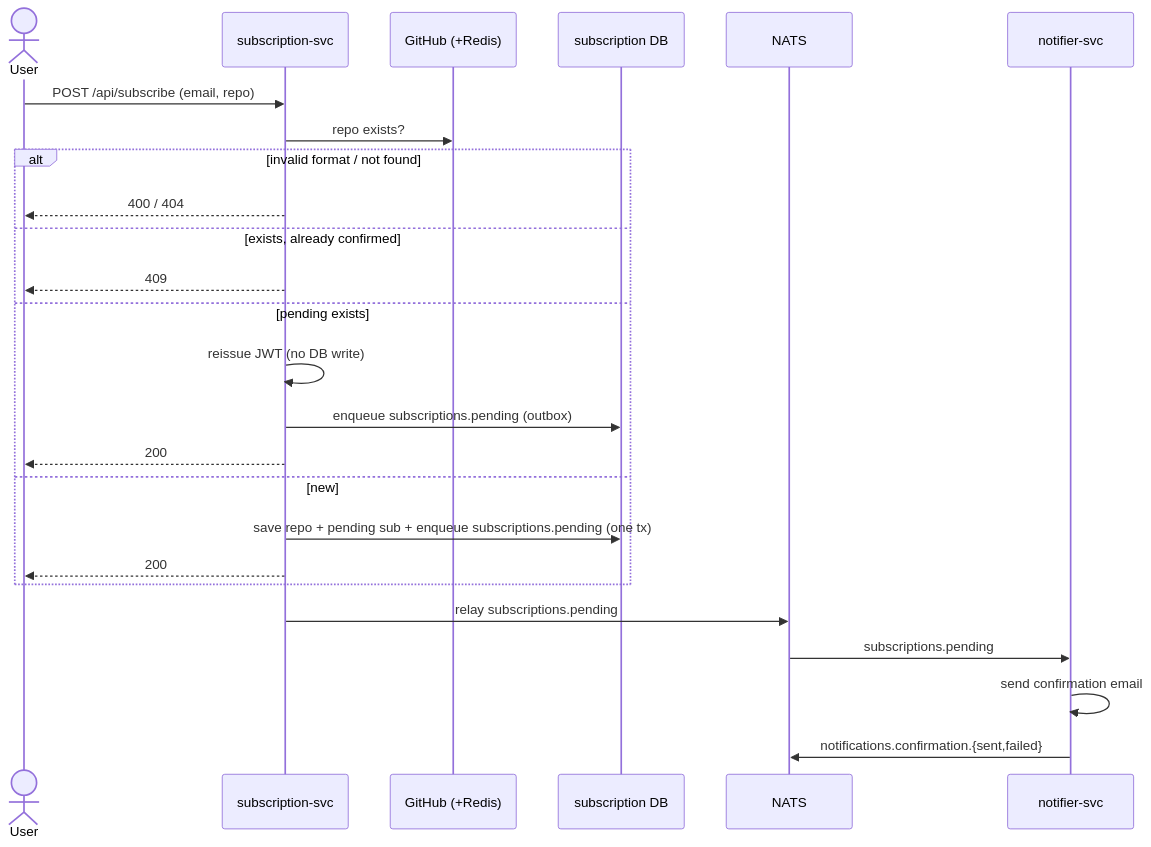
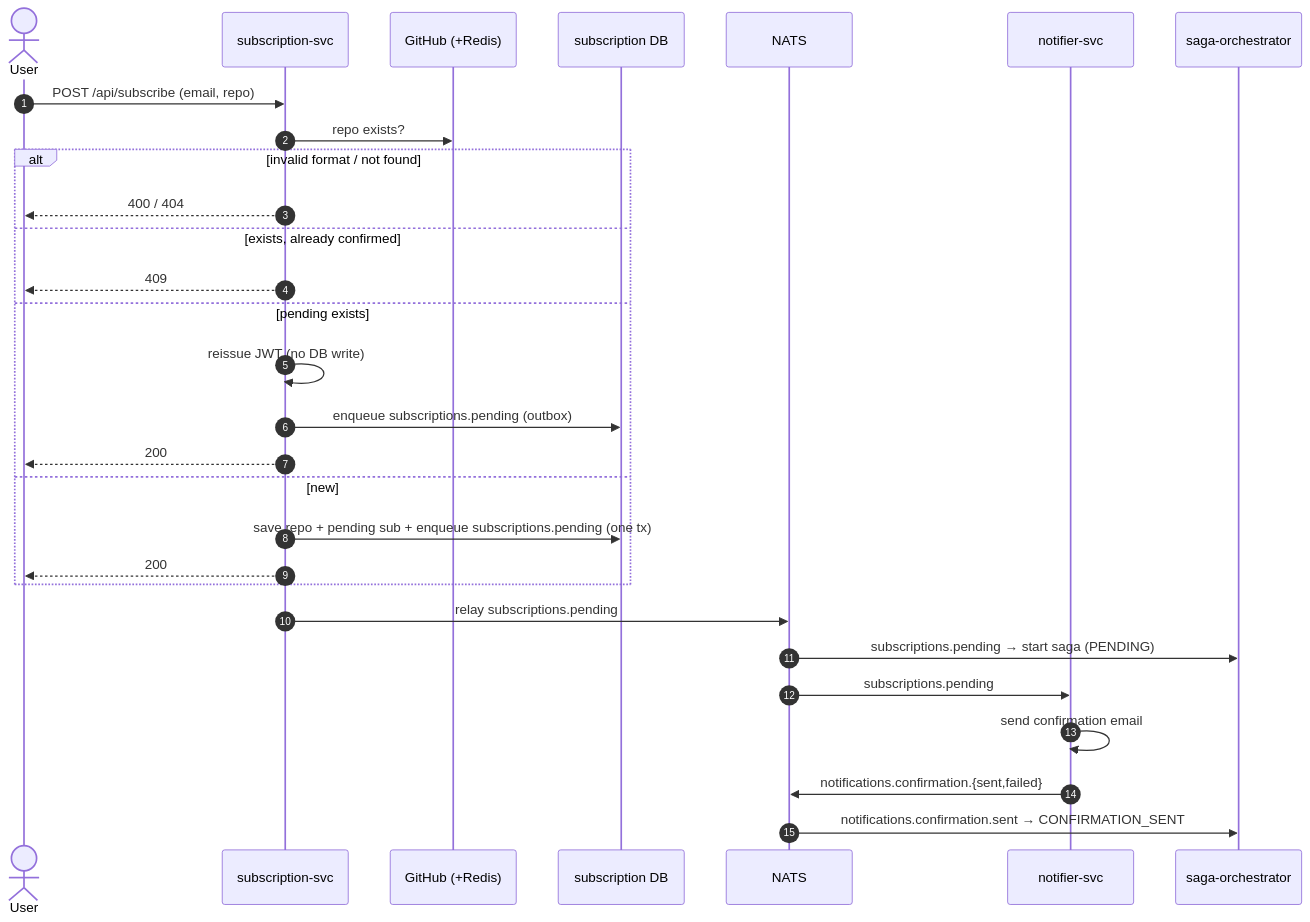
Before and after one commit to GenesisEducationKyiv/software-engineering-school-6-0-mzabrodin: the sixth of 13 diagrams in docs/SDD.md, drawn with Mermaid. The commit also changed other lines of this file, not shown here.

Commit message:
docs(sdd): document system architecture and saga-orchestrator

````diff
--- a/docs/SDD.md
+++ b/docs/SDD.md
@@ -113,27 +195,31 @@
 ```mermaid
 sequenceDiagram
+    autonumber
     actor User
     participant Sub as subscription-svc
     participant GH as GitHub (+Redis)
     participant DB as subscription DB
     participant NATS
     participant Notif as notifier-svc
+    participant Saga as saga-orchestrator
     User ->> Sub: POST /api/subscribe (email, repo)
     Sub ->> GH: repo exists?
     alt invalid format / not found
         Sub -->> User: 400 / 404
     else exists, already confirmed
         Sub -->> User: 409
     else pending exists
         Sub ->> Sub: reissue JWT (no DB write)
         Sub ->> DB: enqueue subscriptions.pending (outbox)
         Sub -->> User: 200
     else new
         Sub ->> DB: save repo + pending sub + enqueue subscriptions.pending (one tx)
         Sub -->> User: 200
     end
     Sub ->> NATS: relay subscriptions.pending
+    NATS ->> Saga: subscriptions.pending → start saga (PENDING)
     NATS ->> Notif: subscriptions.pending
     Notif ->> Notif: send confirmation email
     Notif ->> NATS: notifications.confirmation.{sent,failed}
+    NATS ->> Saga: notifications.confirmation.sent → CONFIRMATION_SENT
 ```
````
